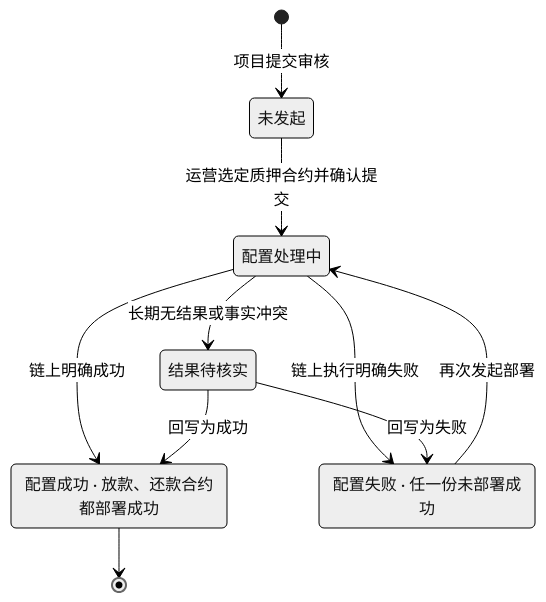
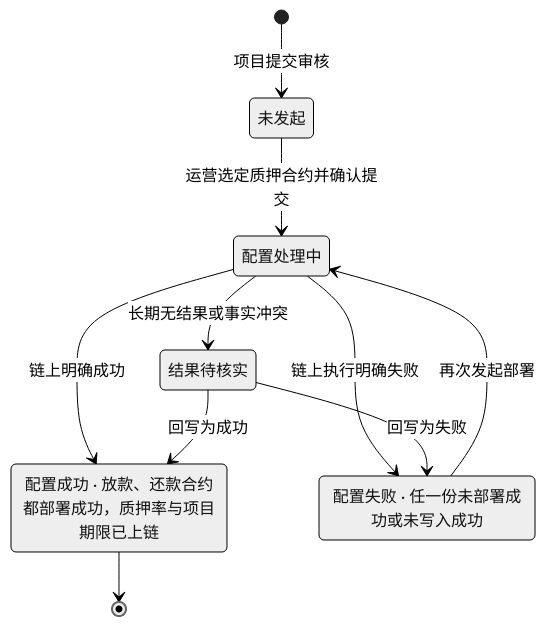
The fifth of 5 diagrams in lending-platform/PRD/运营端/04-运营端项目合约管理/02-运营端项目合约管理-流程图与状态机.md (wxblockchain/Chain-Financing), drawn with Mermaid (neutral theme) before and after one commit. The commit also changed other lines of this file and 2 other files, not shown here.

````diff
--- a/lending-platform/PRD/运营端/04-运营端项目合约管理/02-运营端项目合约管理-流程图与状态机.md
+++ b/lending-platform/PRD/运营端/04-运营端项目合约管理/02-运营端项目合约管理-流程图与状态机.md
@@ -123,17 +123,17 @@
 ```mermaid
 stateDiagram-v2
   NONE: 未发起
   RUNNING: 配置处理中
-  SUCCESS: 配置成功 · 放款、还款合约都部署成功
-  FAILED: 配置失败 · 任一份未部署成功
+  SUCCESS: 配置成功 · 放款、还款合约都部署成功，质押率与项目期限已上链
+  FAILED: 配置失败 · 任一份未部署成功或未写入成功
   UNKNOWN: 结果待核实
   [*] --> NONE: 项目提交审核
   NONE --> RUNNING: 运营选定质押合约并确认提交
   RUNNING --> SUCCESS: 链上明确成功
   RUNNING --> FAILED: 链上执行明确失败
   RUNNING --> UNKNOWN: 长期无结果或事实冲突
   FAILED --> RUNNING: 再次发起部署
   UNKNOWN --> SUCCESS: 回写为成功
   UNKNOWN --> FAILED: 回写为失败
   SUCCESS --> [*]
 ```
````
